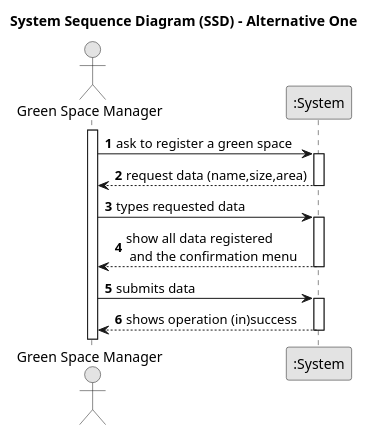
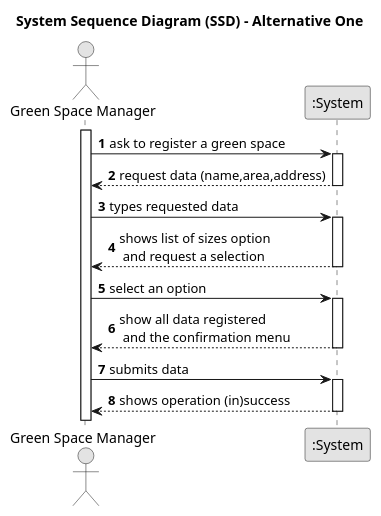
One commit to SAEmanuel/Green_Spaces_Management_ISEP changed the diagram in docs/sprintC/us020/01.requirements-engineering/puml/us020-system-sequence-diagram-alternative-one.puml. Above: the diagram before and after it, drawn with PlantUML. The commit also changed 8 other files, not shown here.

```diff
--- a/docs/sprintC/us020/01.requirements-engineering/puml/us020-system-sequence-diagram-alternative-one.puml
+++ b/docs/sprintC/us020/01.requirements-engineering/puml/us020-system-sequence-diagram-alternative-one.puml
@@ -1,35 +1,45 @@
 @startuml
 skinparam monochrome true
 skinparam packageStyle rectangle
 skinparam shadowing false
 
 title System Sequence Diagram (SSD) - Alternative One
 
 autonumber
 
 actor "Green Space Manager" as Employee
 participant ":System" as System
 
 
 activate Employee
 
     Employee -> System : ask to register a green space
     activate System
 
-        System --> Employee : request data (name,size,area)
+        System --> Employee : request data (name,area,address)
     deactivate System
 
     Employee -> System : types requested data
+
+
+    activate System
+
+            System --> Employee : shows list of sizes option\n and request a selection
+        deactivate System
+
+        Employee -> System : select an option
+
+
 
     activate System
 
         System --> Employee : show all data registered\n and the confirmation menu
     deactivate System
 
     Employee -> System : submits data
     activate System
 
         System --> Employee : shows operation (in)success
     deactivate System
 
 @enduml
```
